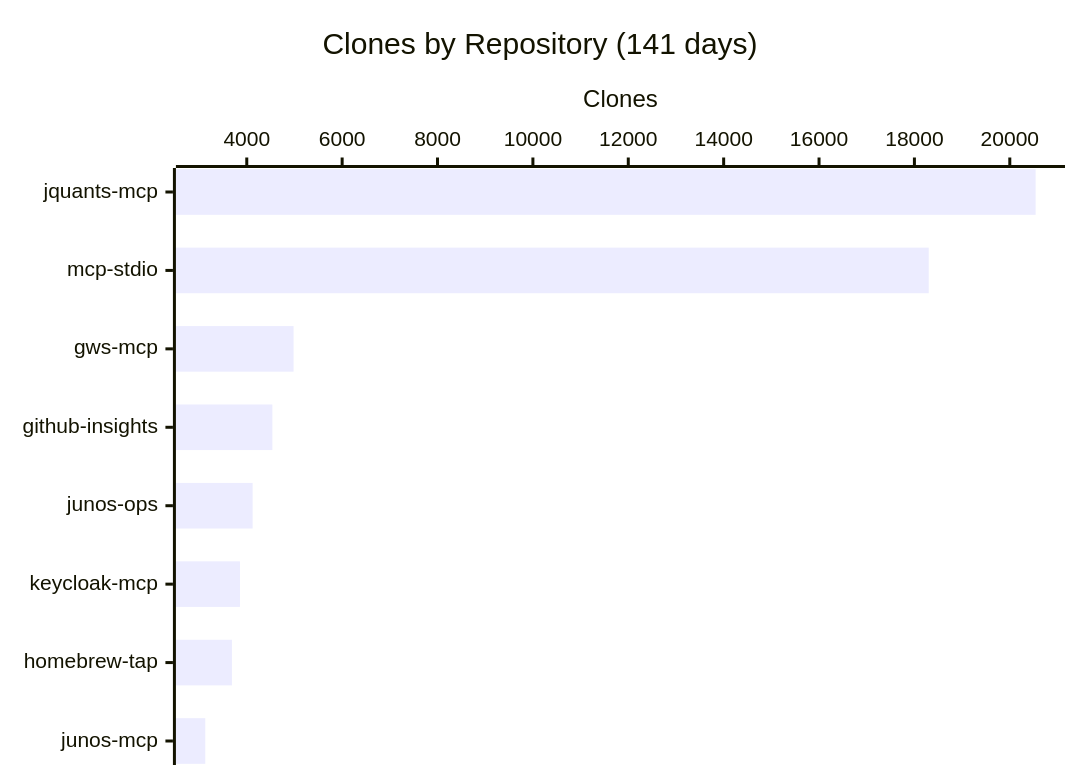
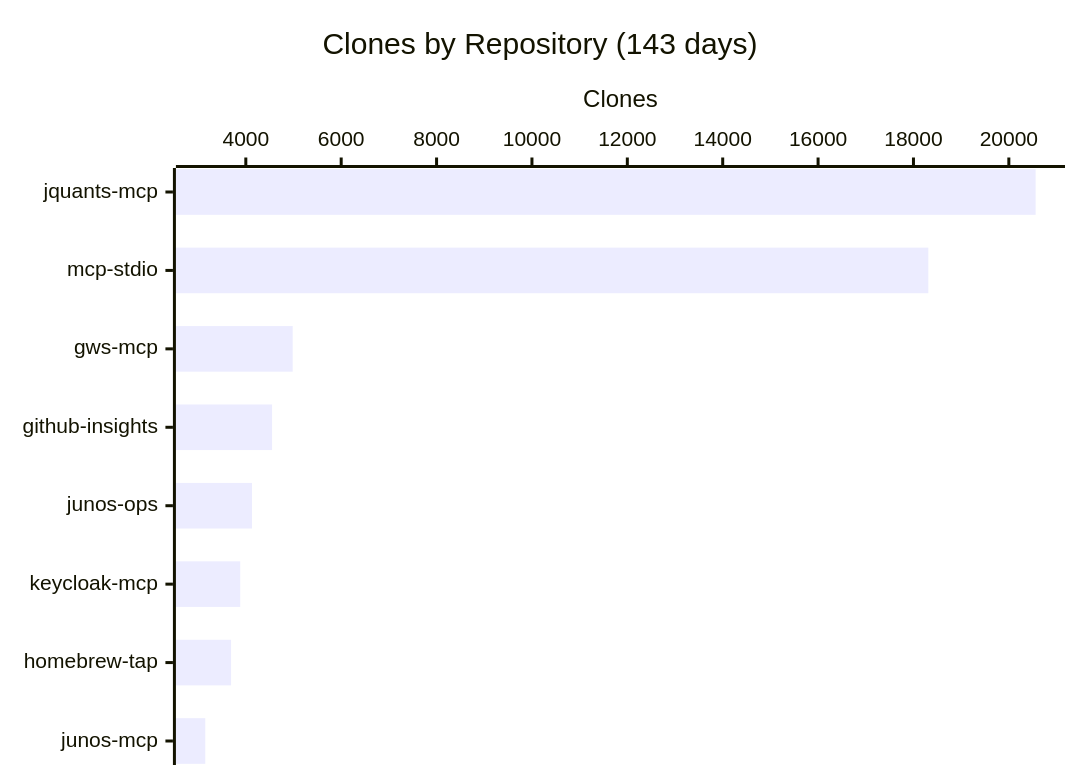
Before and after one commit to shigechika/github-insights: the fourth of 4 diagrams in README.md, drawn with Mermaid. The commit also changed other lines of this file and 2 other files, not shown here.

````diff
--- a/README.md
+++ b/README.md
@@ -58,7 +58,7 @@
 ```mermaid
 xychart-beta horizontal
-    title "Clones by Repository (141 days)"
+    title "Clones by Repository (143 days)"
     x-axis ["jquants-mcp", "mcp-stdio", "gws-mcp", "github-insights", "junos-ops", "keycloak-mcp", "homebrew-tap", "junos-mcp"]
     y-axis "Clones"
-    bar [20542, 18300, 4981, 4537, 4123, 3857, 3689, 3130]
+    bar [20562, 18312, 4983, 4551, 4130, 3883, 3691, 3150]
 ```
````
